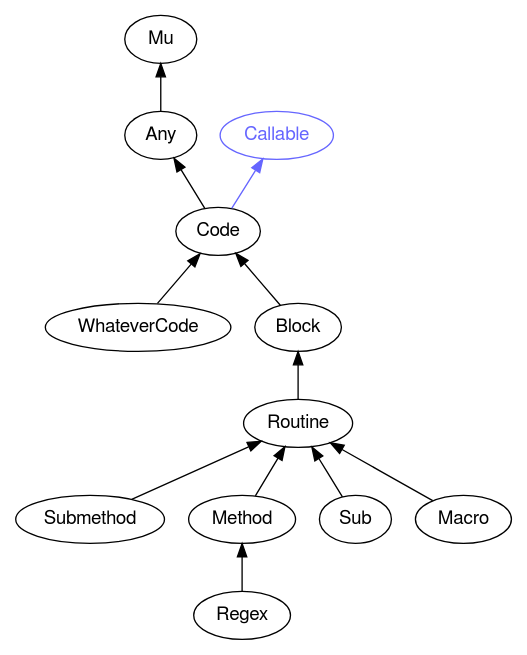
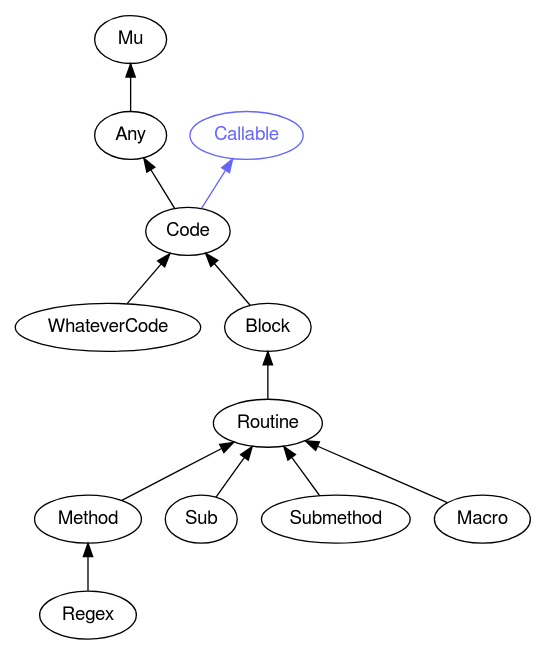
Before and after one commit to perl6docs/perl6docs.github.io: the diagram in images/type-graph-Code.svg.dot, drawn with Graphviz. The commit also changed other lines of this file and 4386 other files, not shown here.

Commit message:
Version with Failure graph

```diff
--- a/images/type-graph-Code.svg.dot
+++ b/images/type-graph-Code.svg.dot
@@ -1,33 +1,33 @@
 digraph "perl6-type-graph" {
     rankdir=BT;
     splines=polyline;
     overlap=false; 
     // Types
     "Code" [color="#000000", fontcolor="#000000", href="/type/Code", fontname="FreeSans"];
     "Mu" [color="#000000", fontcolor="#000000", href="/type/Mu", fontname="FreeSans"];
     "Any" [color="#000000", fontcolor="#000000", href="/type/Any", fontname="FreeSans"];
     "Callable" [color="#6666FF", fontcolor="#6666FF", href="/type/Callable", fontname="FreeSans"];
     "WhateverCode" [color="#000000", fontcolor="#000000", href="/type/WhateverCode", fontname="FreeSans"];
     "Block" [color="#000000", fontcolor="#000000", href="/type/Block", fontname="FreeSans"];
     "Routine" [color="#000000", fontcolor="#000000", href="/type/Routine", fontname="FreeSans"];
-    "Submethod" [color="#000000", fontcolor="#000000", href="/type/Submethod", fontname="FreeSans"];
     "Method" [color="#000000", fontcolor="#000000", href="/type/Method", fontname="FreeSans"];
     "Sub" [color="#000000", fontcolor="#000000", href="/type/Sub", fontname="FreeSans"];
+    "Submethod" [color="#000000", fontcolor="#000000", href="/type/Submethod", fontname="FreeSans"];
     "Macro" [color="#000000", fontcolor="#000000", href="/type/Macro", fontname="FreeSans"];
     "Regex" [color="#000000", fontcolor="#000000", href="/type/Regex", fontname="FreeSans"];
 
     // Superclasses
     "Code" -> "Any" [color="#000000"];
     "Any" -> "Mu" [color="#000000"];
     "WhateverCode" -> "Code" [color="#000000"];
     "Block" -> "Code" [color="#000000"];
     "Routine" -> "Block" [color="#000000"];
-    "Submethod" -> "Routine" [color="#000000"];
     "Method" -> "Routine" [color="#000000"];
     "Sub" -> "Routine" [color="#000000"];
+    "Submethod" -> "Routine" [color="#000000"];
     "Macro" -> "Routine" [color="#000000"];
     "Regex" -> "Method" [color="#000000"];
 
     // Roles
     "Code" -> "Callable" [color="#6666FF"];
 }
```
